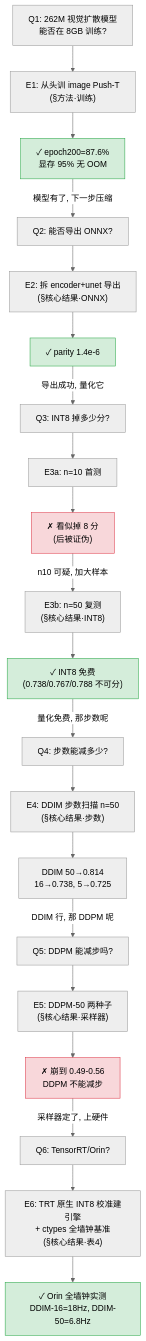
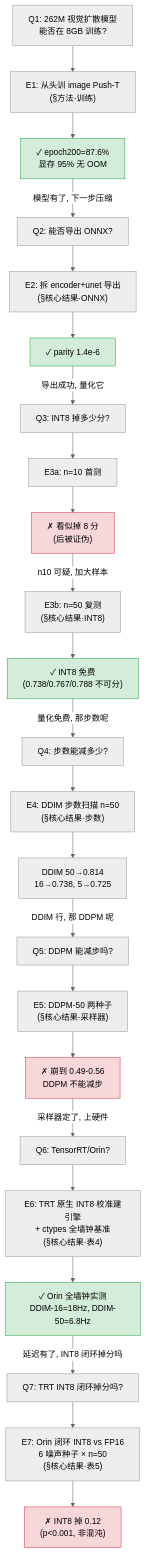
Before and after one commit to ranpin/homebot-wm: the second of 2 diagrams in docs/compression/README.md, drawn with Mermaid (neutral theme). The commit also changed other lines of this file and 8 other files, not shown here.

````diff
--- a/docs/compression/README.md
+++ b/docs/compression/README.md
@@ -71,29 +71,33 @@
 ```mermaid
 flowchart TD
     Q1["Q1: 262M 视觉扩散模型<br/>能否在 8GB 训练?"] --> E1["E1: 从头训 image Push-T<br/>(§方法·训练)"]
     E1 --> R1["✓ epoch200=87.6%<br/>显存 95% 无 OOM"]
     R1 -->|"模型有了, 下一步压缩"| Q2["Q2: 能否导出 ONNX?"]
     Q2 --> E2["E2: 拆 encoder+unet 导出<br/>(§核心结果·ONNX)"]
     E2 --> R2["✓ parity 1.4e-6"]
     R2 -->|"导出成功, 量化它"| Q3["Q3: INT8 掉多少分?"]
     Q3 --> E3a["E3a: n=10 首测"]
     E3a --> R3a["✗ 看似掉 8 分<br/>(后被证伪)"]
     R3a -->|"n10 可疑, 加大样本"| E3b["E3b: n=50 复测<br/>(§核心结果·INT8)"]
     E3b --> R3b["✓ INT8 免费<br/>(0.738/0.767/0.788 不可分)"]
     R3b -->|"量化免费, 那步数呢"| Q4["Q4: 步数能减多少?"]
     Q4 --> E4["E4: DDIM 步数扫描 n=50<br/>(§核心结果·步数)"]
     E4 --> R4["DDIM 50→0.814<br/>16→0.738, 5→0.725"]
     R4 -->|"DDIM 行, 那 DDPM 呢"| Q5["Q5: DDPM 能减步吗?"]
     Q5 --> E5["E5: DDPM-50 两种子<br/>(§核心结果·采样器)"]
     E5 --> R5["✗ 崩到 0.49-0.56<br/>DDPM 不能减步"]
     R5 -->|"采样器定了, 上硬件"| Q6["Q6: TensorRT/Orin?"]
     Q6 --> E6["E6: TRT 原生 INT8 校准建引擎<br/>+ ctypes 全墙钟基准<br/>(§核心结果·表4)"]
     E6 --> R6["✓ Orin 全墙钟实测<br/>DDIM-16=18Hz, DDIM-50=6.8Hz"]
+    R6 -->|"延迟有了, INT8 闭环掉分吗"| Q7["Q7: TRT INT8 闭环掉分吗?"]
+    Q7 --> E7["E7: Orin 闭环 INT8 vs FP16<br/>6 噪声种子 × n=50<br/>(§核心结果·表5)"]
+    E7 --> R7["✗ INT8 掉 0.12<br/>(p<0.001, 非混沌)"]
 
     style R3a fill:#f8d7da,stroke:#dc3545
     style R5 fill:#f8d7da,stroke:#dc3545
+    style R7 fill:#f8d7da,stroke:#dc3545
     style R1 fill:#d4edda,stroke:#28a745
     style R2 fill:#d4edda,stroke:#28a745
     style R3b fill:#d4edda,stroke:#28a745
     style R6 fill:#d4edda,stroke:#28a745
 ```
````
